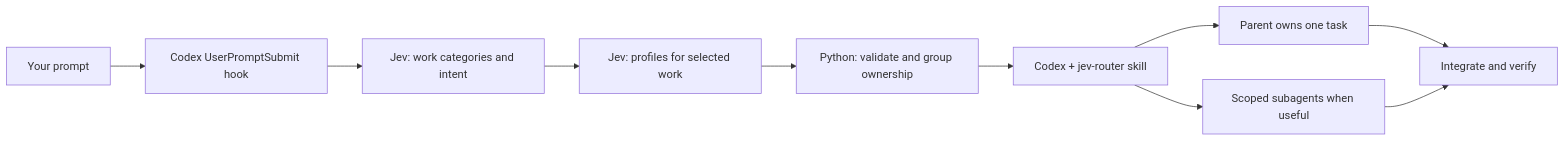
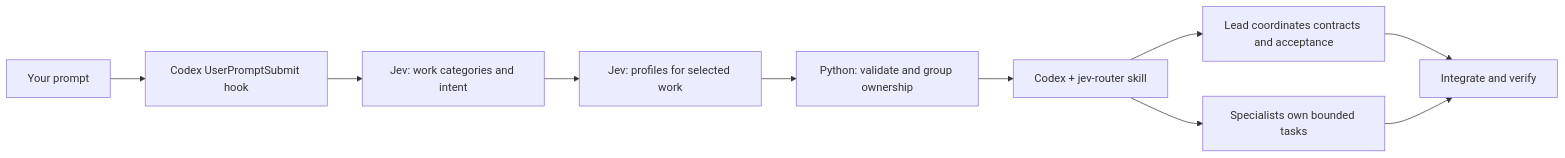
One commit to Madikhan33/jev_codex changed the diagram in README.md. Above: the diagram before and after it, drawn with Mermaid. The commit also changed other lines of this file and 3 other files, not shown here.

````diff
--- a/README.md
+++ b/README.md
@@ -110,12 +110,12 @@
 ```mermaid
 flowchart LR
     A[Your prompt] --> B[Codex UserPromptSubmit hook]
     B --> C[Jev: work categories and intent]
     C --> D[Jev: profiles for selected work]
     D --> E[Python: validate and group ownership]
     E --> F[Codex + jev-router skill]
-    F --> G[Parent owns one task]
-    F --> H[Scoped subagents when useful]
+    F --> G[Lead coordinates contracts and acceptance]
+    F --> H[Specialists own bounded tasks]
     G --> I[Integrate and verify]
     H --> I
 ```
````
